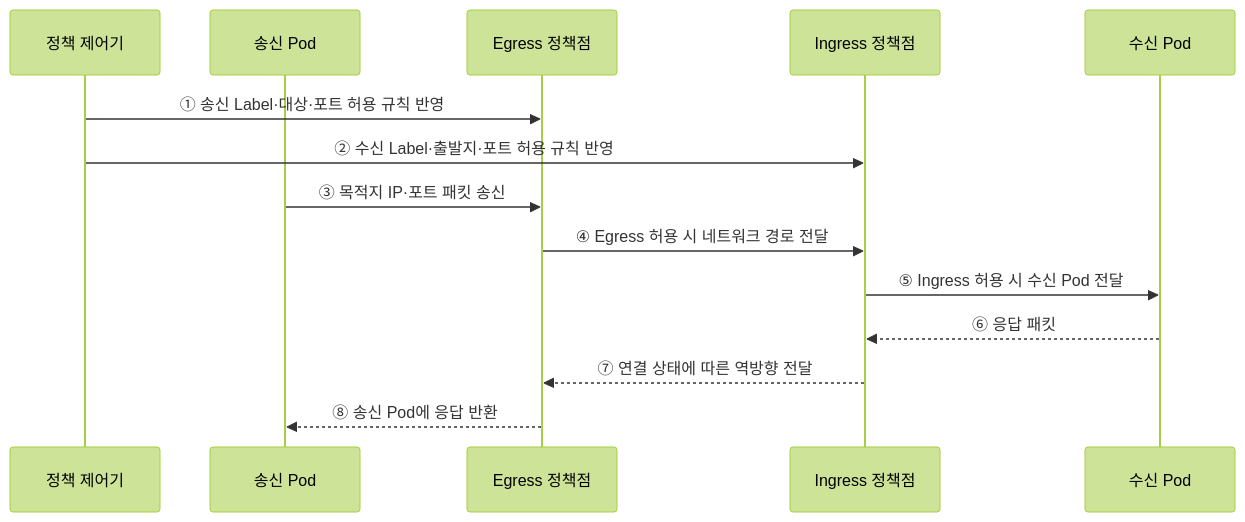
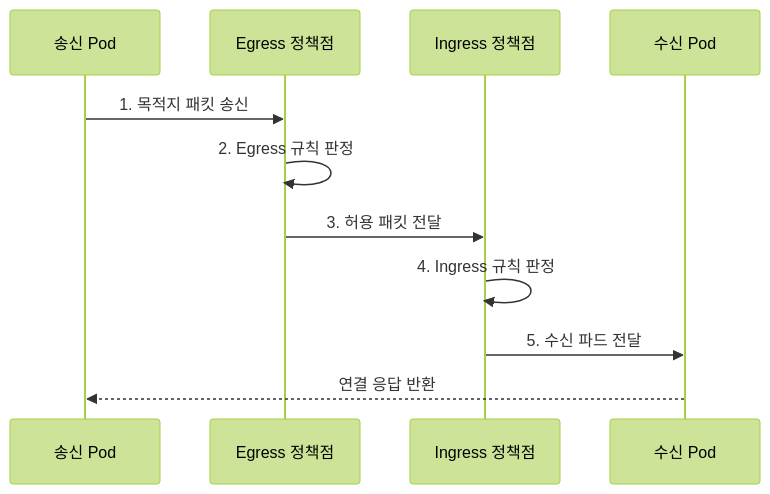
The second of 2 diagrams in src/content/docs/notes/03-software/156_kubernetes_networkpolicy_cni.md (agnusdei1207/knowledge-base), drawn with Mermaid (forest theme) before and after one commit. The commit also changed other lines of this file and 20 other files, not shown here.

````diff
--- a/src/content/docs/notes/03-software/156_kubernetes_networkpolicy_cni.md
+++ b/src/content/docs/notes/03-software/156_kubernetes_networkpolicy_cni.md
@@ -70,16 +83,13 @@
 ```mermaid
 sequenceDiagram
-    participant C as 정책 제어기
     participant S as 송신 Pod
     participant E as Egress 정책점
     participant I as Ingress 정책점
     participant D as 수신 Pod
-    C->>E: ① 송신 Label·대상·포트 허용 규칙 반영
-    C->>I: ② 수신 Label·출발지·포트 허용 규칙 반영
-    S->>E: ③ 목적지 IP·포트 패킷 송신
-    E->>I: ④ Egress 허용 시 네트워크 경로 전달
-    I->>D: ⑤ Ingress 허용 시 수신 Pod 전달
-    D-->>I: ⑥ 응답 패킷
-    I-->>E: ⑦ 연결 상태에 따른 역방향 전달
-    E-->>S: ⑧ 송신 Pod에 응답 반환
+    S->>E: 1. 목적지 패킷 송신
+    E->>E: 2. Egress 규칙 판정
+    E->>I: 3. 허용 패킷 전달
+    I->>I: 4. Ingress 규칙 판정
+    I->>D: 5. 수신 파드 전달
+    D-->>S: 연결 응답 반환
 ```
````
